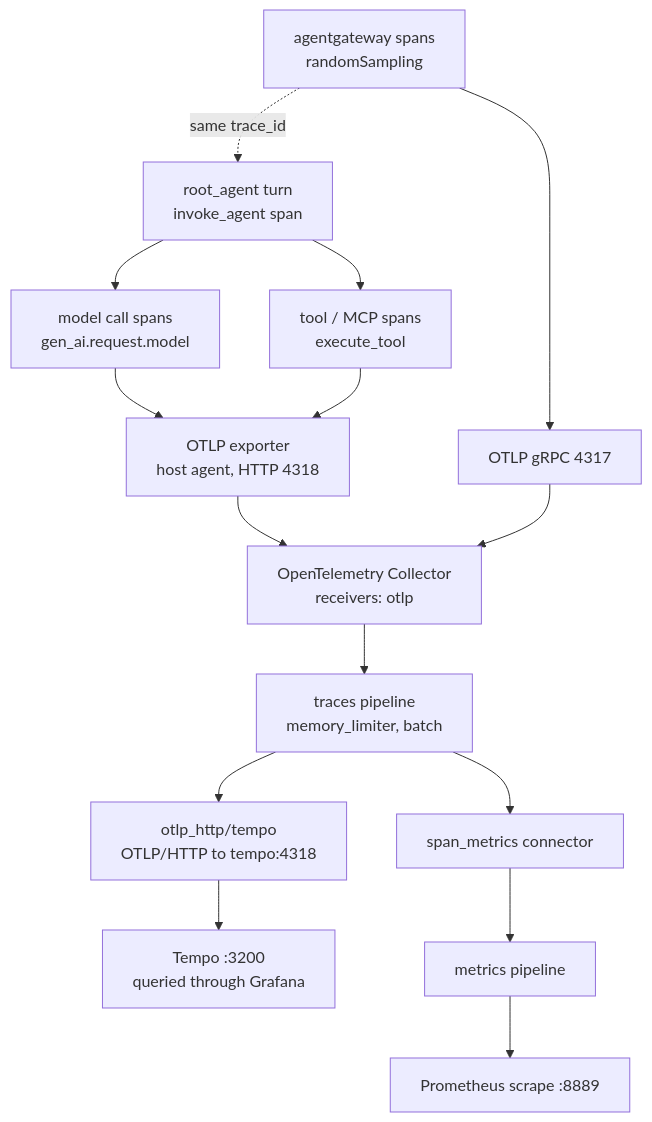
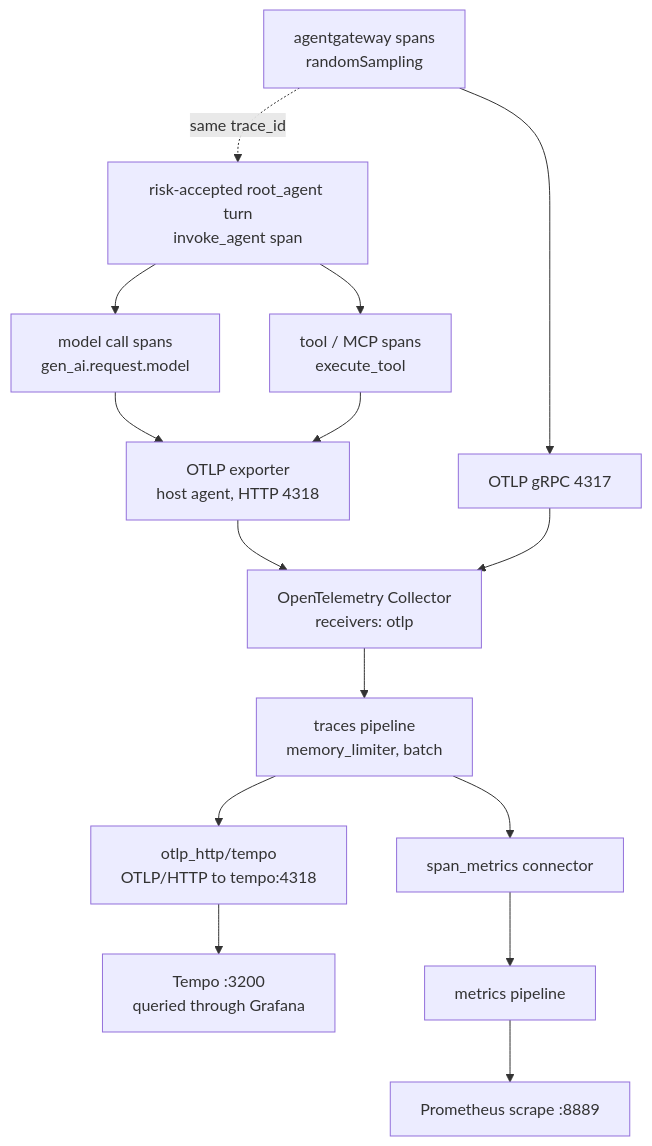
One commit to LuiGGi629/agentops-open-course changed the diagram in content/7. Observability/7.1. Tracing.md. Above: the diagram before and after it, drawn with Mermaid. The commit also changed other lines of this file and 87 other files, not shown here.

````diff
--- a/content/7. Observability/7.1. Tracing.md
+++ b/content/7. Observability/7.1. Tracing.md
@@ -186,17 +173,17 @@
 ```mermaid
 flowchart TD
-  A["root_agent turn<br/>invoke_agent span"] --> B["model call spans<br/>gen_ai.request.model"]
+  A["risk-accepted root_agent turn<br/>invoke_agent span"] --> B["model call spans<br/>gen_ai.request.model"]
   A --> C["tool / MCP spans<br/>execute_tool"]
   G["agentgateway spans<br/>randomSampling"] -. same trace_id .-> A
   B --> H["OTLP exporter<br/>host agent, HTTP 4318"]
   C --> H
   G --> I["OTLP gRPC 4317"]
   H --> K["OpenTelemetry Collector<br/>receivers: otlp"]
   I --> K
   K --> L["traces pipeline<br/>memory_limiter, batch"]
   L --> M["otlp_http/tempo<br/>OTLP/HTTP to tempo:4318"]
   L --> N["span_metrics connector"]
   M --> Q["Tempo :3200<br/>queried through Grafana"]
   N --> O["metrics pipeline"]
   O --> P["Prometheus scrape :8889"]
 ```
````
